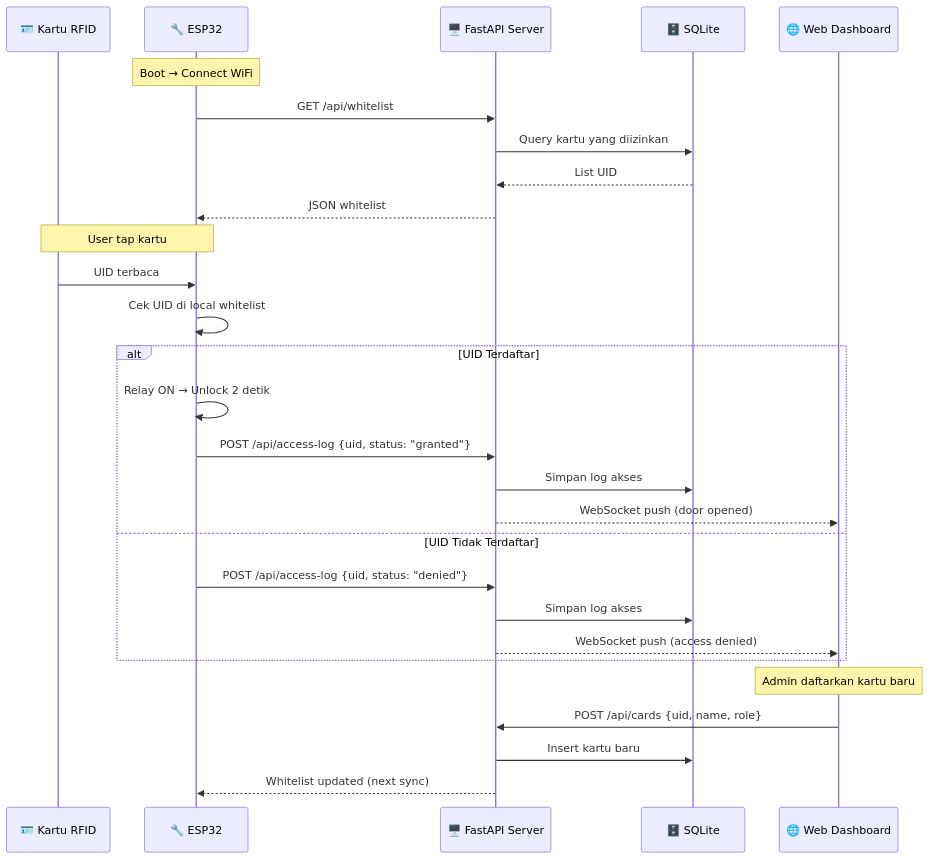
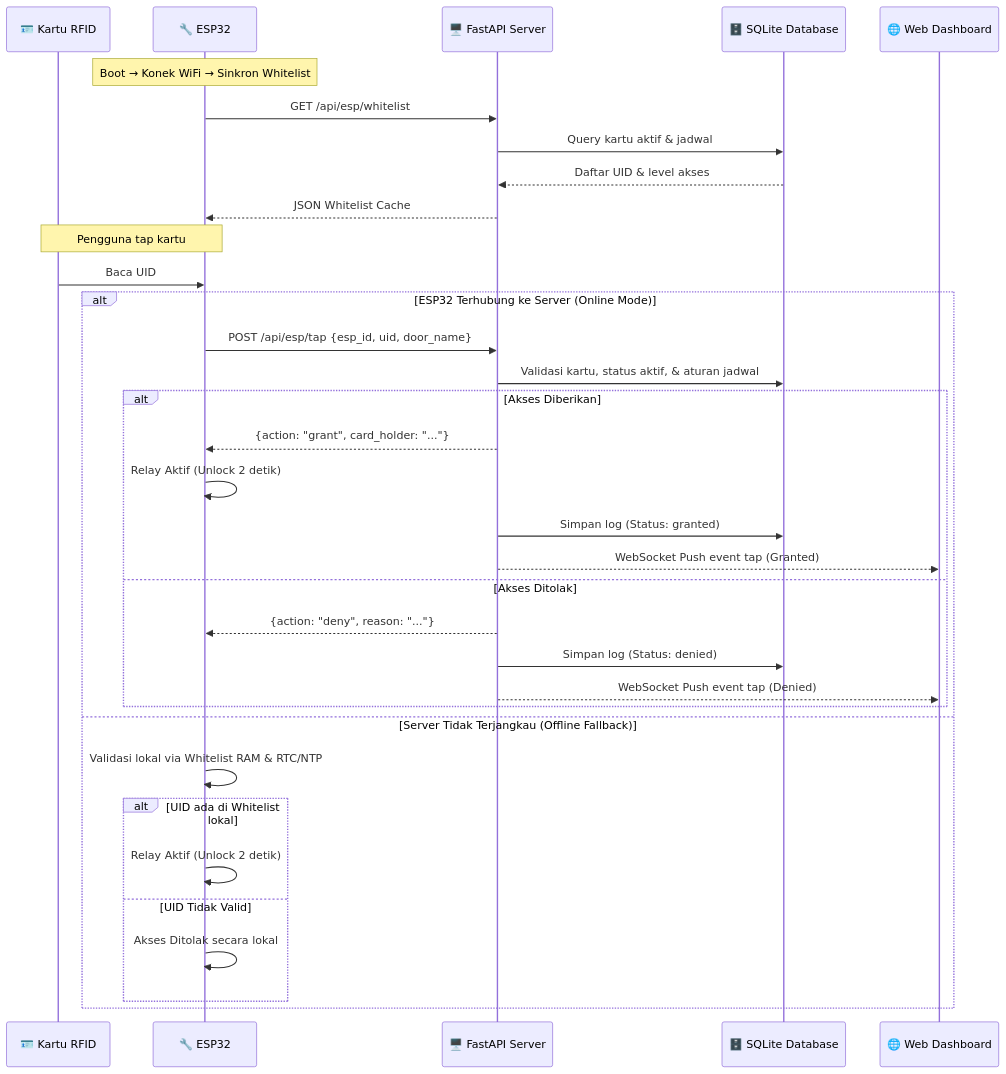
One commit to Kyz-Riki/web-IoT-access-controll changed the second of 4 diagrams in ARSITEKTUR_SISTEM.md. Above: the diagram before and after it, drawn with Mermaid. The commit also changed other lines of this file and 23 other files, not shown here.

````diff
--- a/ARSITEKTUR_SISTEM.md
+++ b/ARSITEKTUR_SISTEM.md
@@ -41,34 +52,39 @@
 ```mermaid
 sequenceDiagram
     participant Kartu as 🪪 Kartu RFID
     participant ESP as 🔧 ESP32
     participant API as 🖥️ FastAPI Server
-    participant DB as 🗄️ SQLite
+    participant DB as 🗄️ SQLite Database
     participant WEB as 🌐 Web Dashboard
 
-    Note over ESP: Boot → Connect WiFi
-    ESP->>API: GET /api/whitelist
-    API->>DB: Query kartu yang diizinkan
-    DB-->>API: List UID
-    API-->>ESP: JSON whitelist
+    Note over ESP: Boot → Konek WiFi → Sinkron Whitelist
+    ESP->>API: GET /api/esp/whitelist
+    API->>DB: Query kartu aktif & jadwal
+    DB-->>API: Daftar UID & level akses
+    API-->>ESP: JSON Whitelist Cache
 
-    Note over Kartu,ESP: User tap kartu
-    Kartu->>ESP: UID terbaca
-    ESP->>ESP: Cek UID di local whitelist
+    Note over Kartu,ESP: Pengguna tap kartu
+    Kartu->>ESP: Baca UID
 
-    alt UID Terdaftar
-        ESP->>ESP: Relay ON → Unlock 2 detik
-        ESP->>API: POST /api/access-log {uid, status: "granted"}
-        API->>DB: Simpan log akses
-        API-->>WEB: WebSocket push (door opened)
-    else UID Tidak Terdaftar
-        ESP->>API: POST /api/access-log {uid, status: "denied"}
-        API->>DB: Simpan log akses
-        API-->>WEB: WebSocket push (access denied)
+    alt ESP32 Terhubung ke Server (Online Mode)
+        ESP->>API: POST /api/esp/tap {esp_id, uid, door_name}
+        API->>DB: Validasi kartu, status aktif, & aturan jadwal
+        alt Akses Diberikan
+            API-->>ESP: {action: "grant", card_holder: "..."}
+            ESP->>ESP: Relay Aktif (Unlock 2 detik)
+            API->>DB: Simpan log (Status: granted)
+            API-->>WEB: WebSocket Push event tap (Granted)
+        else Akses Ditolak
+            API-->>ESP: {action: "deny", reason: "..."}
+            API->>DB: Simpan log (Status: denied)
+            API-->>WEB: WebSocket Push event tap (Denied)
+        end
+    else Server Tidak Terjangkau (Offline Fallback)
+        ESP->>ESP: Validasi lokal via Whitelist RAM & RTC/NTP
+        alt UID ada di Whitelist lokal
+            ESP->>ESP: Relay Aktif (Unlock 2 detik)
+        else UID Tidak Valid
+            ESP->>ESP: Akses Ditolak secara lokal
+        end
     end
-
-    Note over WEB: Admin daftarkan kartu baru
-    WEB->>API: POST /api/cards {uid, name, role}
-    API->>DB: Insert kartu baru
-    API-->>ESP: Whitelist updated (next sync)
 ```
````
